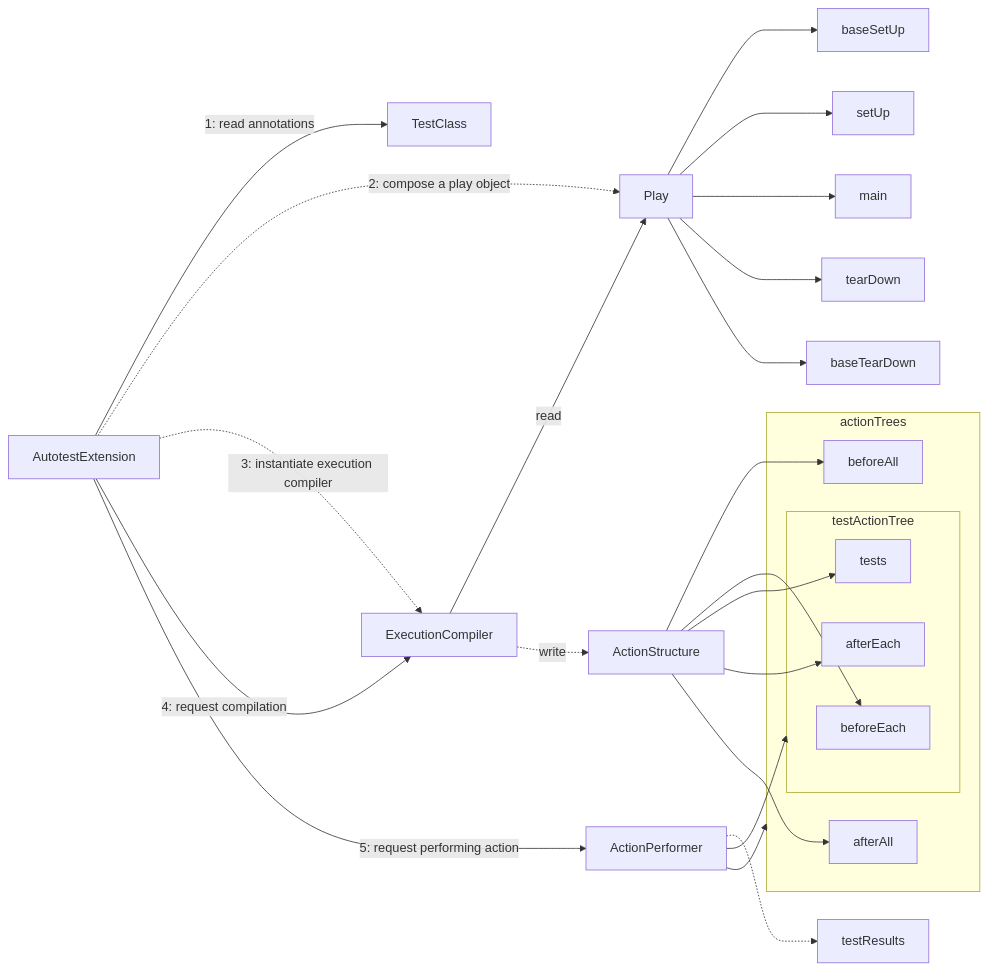
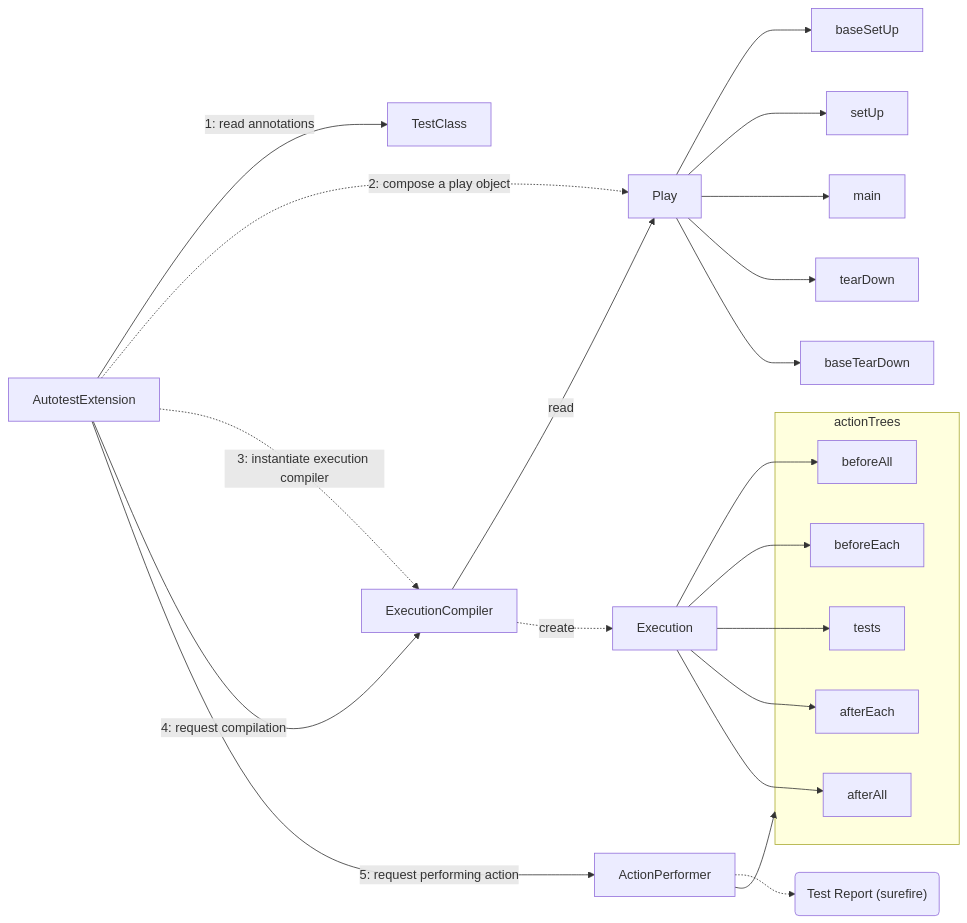
The second of 2 diagrams in src/site/markdown/4-Design/ComponentInteractions.md (moneyforward/insdog), drawn with Mermaid before and after one commit. The commit also changed other lines of this file and 71 other files, not shown here.

````diff
--- a/src/site/markdown/4-Design/ComponentInteractions.md
+++ b/src/site/markdown/4-Design/ComponentInteractions.md
@@ -157,44 +161,39 @@
 ```mermaid
 graph LR
-    AutotestExtension
-    TestClass
-    ExecutionCompiler
     Play
-    actionTrees
-    testActionTree
-    testResults
-    ActionStructure
-    ActionPerformer
-    
     Play --> baseSetUp
     Play --> setUp
     Play --> main
     Play --> tearDown
     Play --> baseTearDown
+    AutotestExtension
+    TestClass
+    ExecutionCompiler
+    actionTrees
+    testResults("Test Report (surefire)")
+    ActionPerformer
+    Execution
+    
+    subgraph actionTrees
+        afterEach
+        tests
+        beforeEach
+        afterAll
+        beforeAll
+    end
     ExecutionCompiler -- read --> Play
-    ExecutionCompiler -. write .-> ActionStructure
-    ActionStructure --> beforeAll
-    ActionStructure --> beforeEach
-    ActionStructure --> tests
-    ActionStructure --> afterEach
-    ActionStructure --> afterAll
+    ExecutionCompiler -. create .-> Execution
+    Execution --> beforeAll
+    Execution --> beforeEach
+    Execution --> tests
+    Execution --> afterEach
+    Execution --> afterAll
     AutotestExtension -- 1: read annotations --> TestClass
     AutotestExtension -. 2: compose a play object .-> Play
     AutotestExtension -. 3: instantiate execution compiler .-> ExecutionCompiler
     AutotestExtension -- 4: request compilation --> ExecutionCompiler
     AutotestExtension -- 5: request performing action --> ActionPerformer
 
-    subgraph testActionTree
-        beforeEach
-        tests
-        afterEach
-    end
-    subgraph actionTrees
-        beforeAll
-        testActionTree
-        afterAll
-    end
+    ActionPerformer --> actionTrees
     ActionPerformer -.-> testResults
-    ActionPerformer --> testActionTree
-    ActionPerformer --> actionTrees
 ```
````
